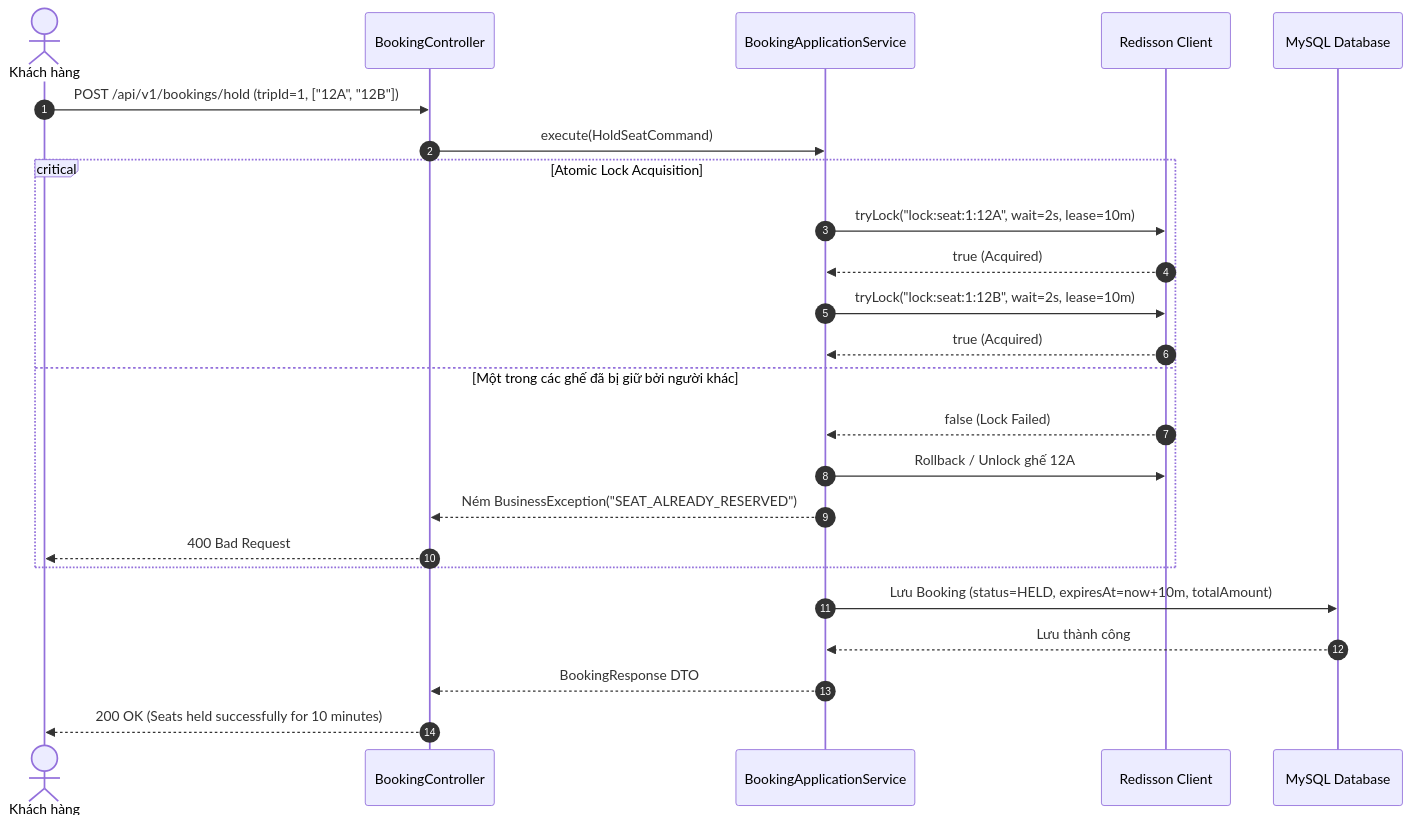
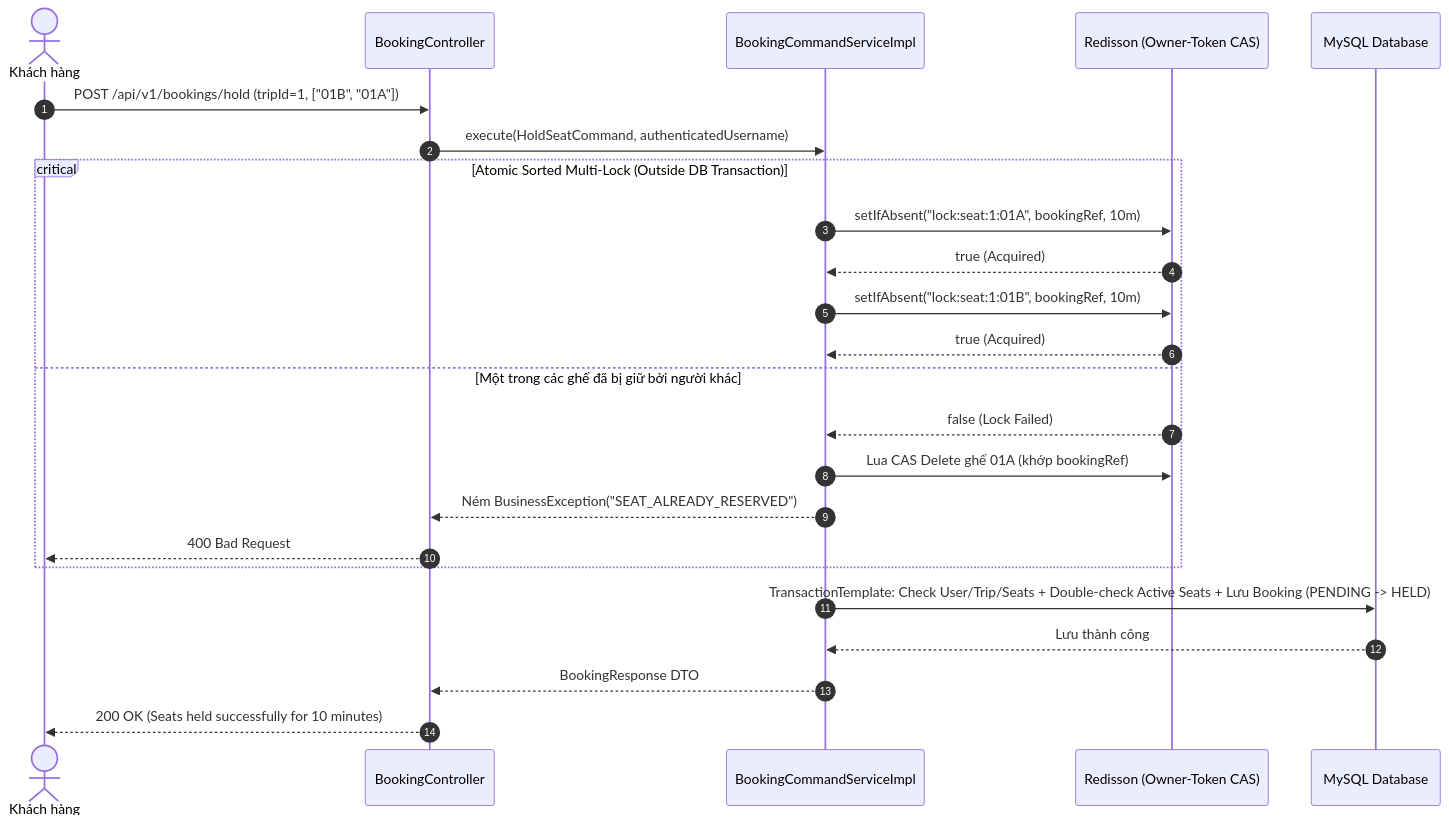
The first of 2 diagrams in docs/05-architecture-fsm/03.concurrency-workflows.md (ahryxx0602/ticket-booking), drawn with Mermaid before and after one commit. The commit also changed other lines of this file and 55 other files, not shown here.

Commit message:
feat(booking): implement Phase 3 real catalog seat pricing, owner-token Redis CAS lock, and admin refund

````diff
--- a/docs/05-architecture-fsm/03.concurrency-workflows.md
+++ b/docs/05-architecture-fsm/03.concurrency-workflows.md
@@ -6,29 +6,29 @@
 ```mermaid
 sequenceDiagram
     autonumber
     actor User as Khách hàng
     participant Ctrl as BookingController
-    participant Service as BookingApplicationService
-    participant Redisson as Redisson Client
+    participant Service as BookingCommandServiceImpl
+    participant Redisson as Redisson (Owner-Token CAS)
     participant DB as MySQL Database
 
-    User->>Ctrl: POST /api/v1/bookings/hold (tripId=1, ["12A", "12B"])
-    Ctrl->>Service: execute(HoldSeatCommand)
+    User->>Ctrl: POST /api/v1/bookings/hold (tripId=1, ["01B", "01A"])
+    Ctrl->>Service: execute(HoldSeatCommand, authenticatedUsername)
     
-    critical Atomic Lock Acquisition
-        Service->>Redisson: tryLock("lock:seat:1:12A", wait=2s, lease=10m)
+    critical Atomic Sorted Multi-Lock (Outside DB Transaction)
+        Service->>Redisson: setIfAbsent("lock:seat:1:01A", bookingRef, 10m)
         Redisson-->>Service: true (Acquired)
-        Service->>Redisson: tryLock("lock:seat:1:12B", wait=2s, lease=10m)
+        Service->>Redisson: setIfAbsent("lock:seat:1:01B", bookingRef, 10m)
         Redisson-->>Service: true (Acquired)
     option Một trong các ghế đã bị giữ bởi người khác
         Redisson-->>Service: false (Lock Failed)
-        Service->>Redisson: Rollback / Unlock ghế 12A
+        Service->>Redisson: Lua CAS Delete ghế 01A (khớp bookingRef)
         Service-->>Ctrl: Ném BusinessException("SEAT_ALREADY_RESERVED")
         Ctrl-->>User: 400 Bad Request
     end
 
-    Service->>DB: Lưu Booking (status=HELD, expiresAt=now+10m, totalAmount)
+    Service->>DB: TransactionTemplate: Check User/Trip/Seats + Double-check Active Seats + Lưu Booking (PENDING -> HELD)
     DB-->>Service: Lưu thành công
     Service-->>Ctrl: BookingResponse DTO
     Ctrl-->>User: 200 OK (Seats held successfully for 10 minutes)
 ```
````
